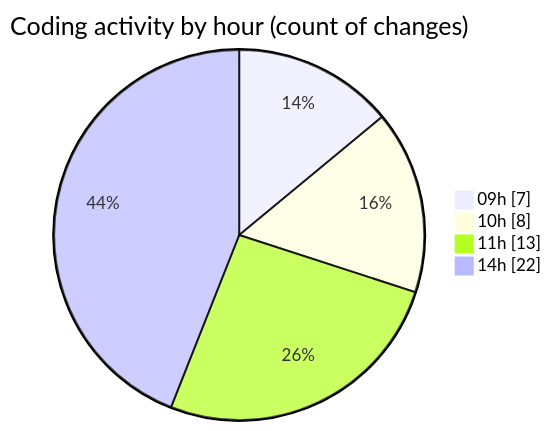
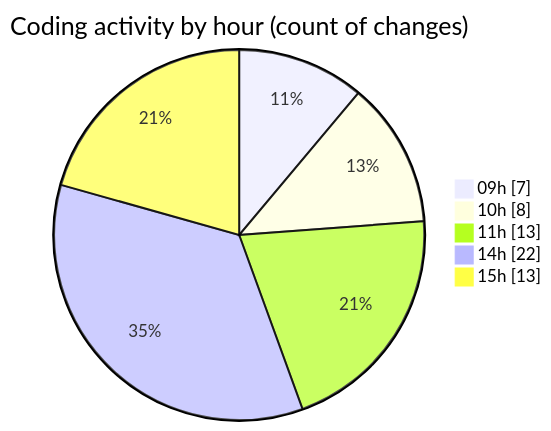
One commit to momahboobian/code-tracking changed the second of 2 diagrams in 2026-01-21/cda/README.md. Above: the diagram before and after it, drawn with Mermaid. The commit also changed other lines of this file and 1 other file, not shown here.

````diff
--- a/2026-01-21/cda/README.md
+++ b/2026-01-21/cda/README.md
@@ -49,8 +51,9 @@
 ```mermaid
 pie showData
 title Coding activity by hour (count of changes)
 "09h" : 7
 "10h" : 8
 "11h" : 13
 "14h" : 22
+"15h" : 13
 ```
````
